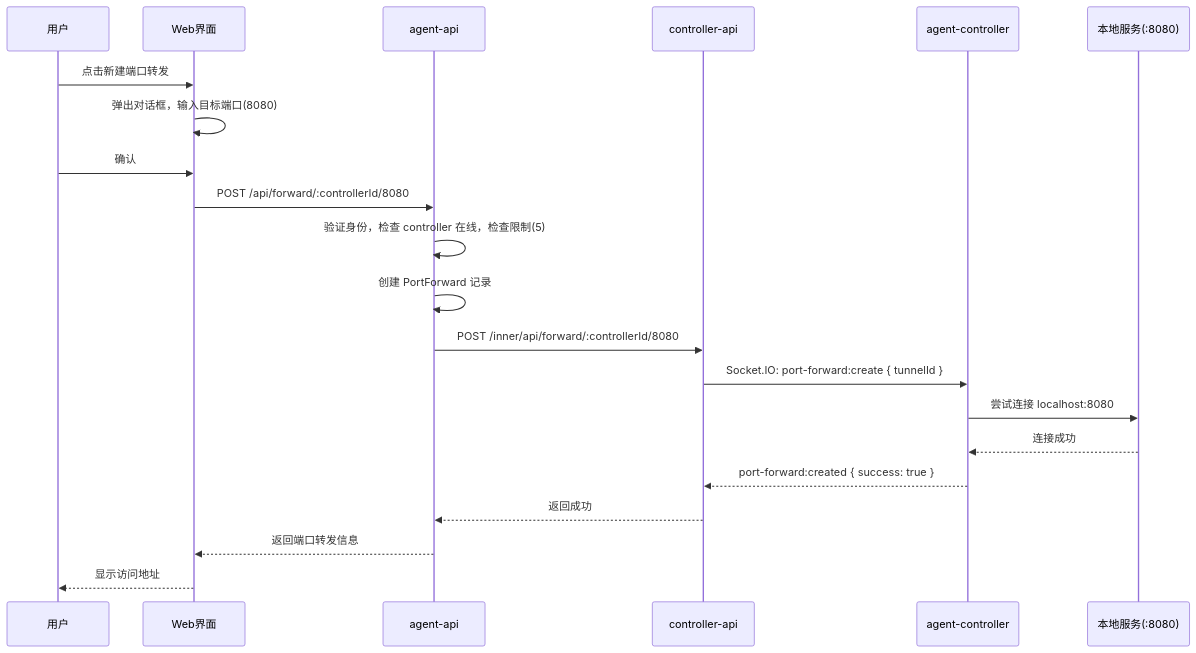
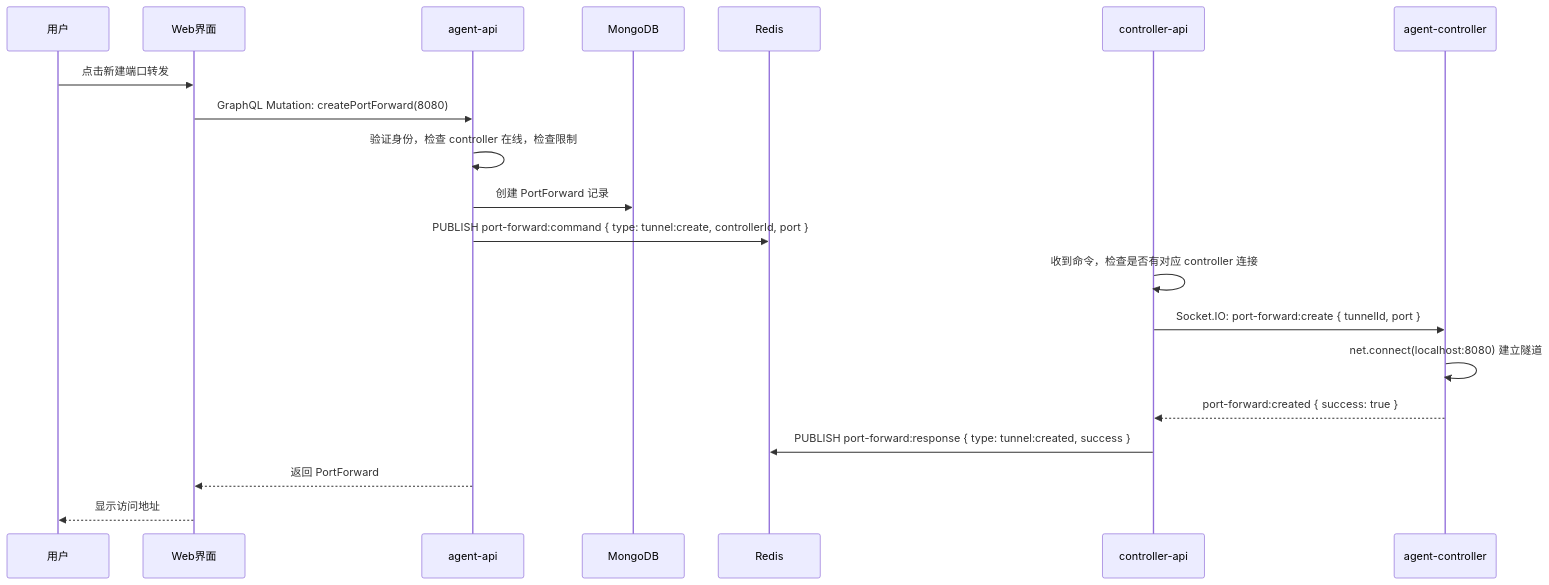
One commit to Deliay/z-agent-gear changed the second of 3 diagrams in docs/engineering/proposals/20260527-feat-port-forwarding.md. Above: the diagram before and after it, drawn with Mermaid. The commit also changed other lines of this file and 1 other file, not shown here.

````diff
--- a/docs/engineering/proposals/20260527-feat-port-forwarding.md
+++ b/docs/engineering/proposals/20260527-feat-port-forwarding.md
@@ -307,24 +277,23 @@
 ```mermaid
 sequenceDiagram
     participant U as 用户
     participant W as Web界面
     participant A as agent-api
+    participant DB as MongoDB
+    participant R as Redis
     participant C as controller-api
     participant L as agent-controller
-    participant S as 本地服务(:8080)
 
     U->>W: 点击新建端口转发
-    W->>W: 弹出对话框，输入目标端口(8080)
-    U->>W: 确认
-    W->>A: POST /api/forward/:controllerId/8080
-    A->>A: 验证身份，检查 controller 在线，检查限制(5)
-    A->>A: 创建 PortForward 记录
-    A->>C: POST /inner/api/forward/:controllerId/8080
-    C->>L: Socket.IO: port-forward:create { tunnelId }
-    L->>S: 尝试连接 localhost:8080
-    S-->>L: 连接成功
+    W->>A: GraphQL Mutation: createPortForward(8080)
+    A->>A: 验证身份，检查 controller 在线，检查限制
+    A->>DB: 创建 PortForward 记录
+    A->>R: PUBLISH port-forward:command { type: tunnel:create, controllerId, port }
+    C->>C: 收到命令，检查是否有对应 controller 连接
+    C->>L: Socket.IO: port-forward:create { tunnelId, port }
+    L->>L: net.connect(localhost:8080) 建立隧道
     L-->>C: port-forward:created { success: true }
-    C-->>A: 返回成功
-    A-->>W: 返回端口转发信息
+    C->>R: PUBLISH port-forward:response { type: tunnel:created, success }
+    A-->>W: 返回 PortForward
     W-->>U: 显示访问地址
 ```
````
